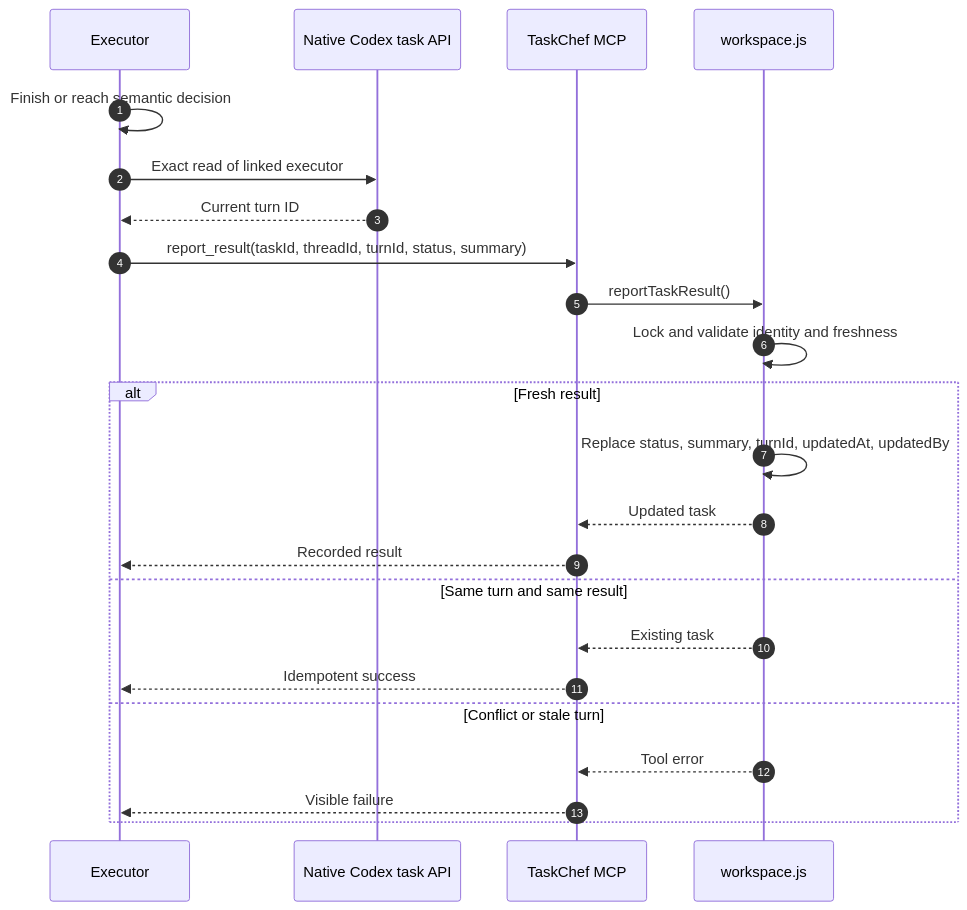
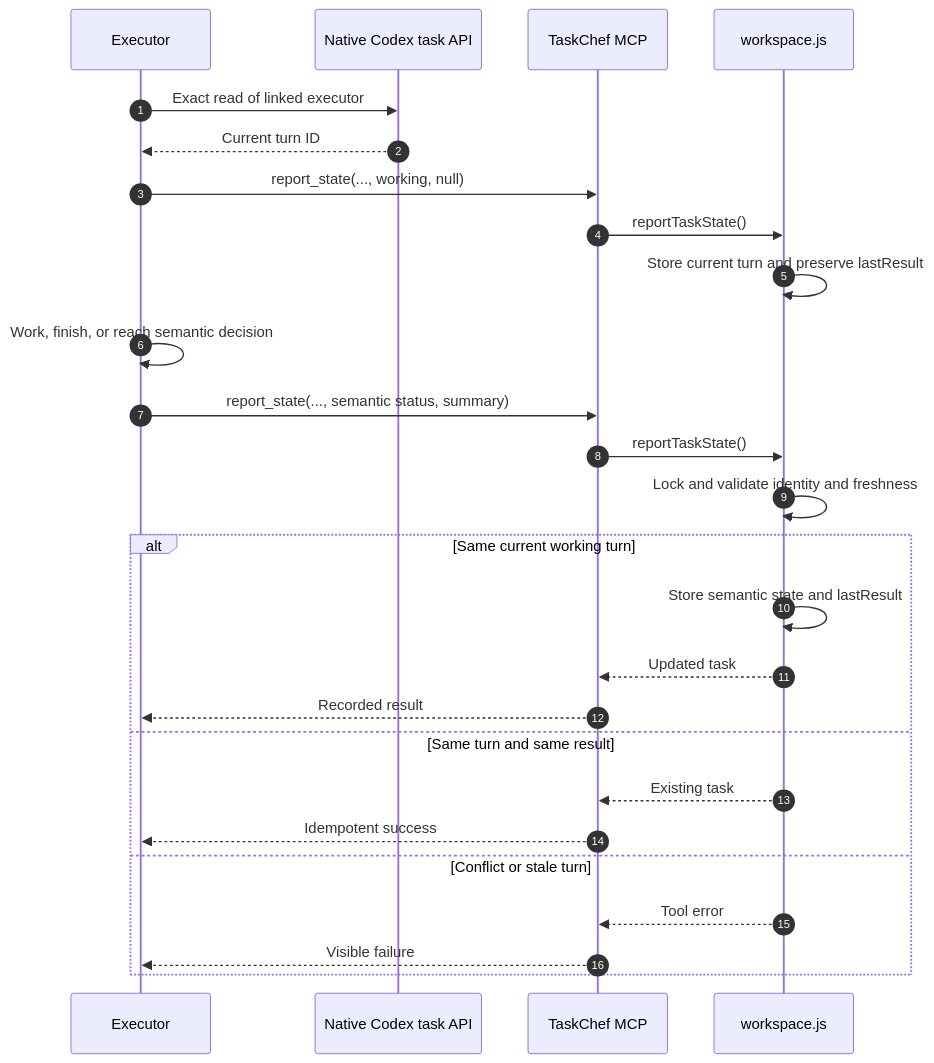
The second of 6 diagrams in docs/workflows.md (favoyang/taskchef), drawn with Mermaid before and after one commit. The commit also changed other lines of this file and 15 other files, not shown here.

````diff
--- a/docs/workflows.md
+++ b/docs/workflows.md
@@ -75,25 +76,28 @@
 ```mermaid
 sequenceDiagram
   autonumber
   participant E as Executor
   participant C as Native Codex task API
   participant M as TaskChef MCP
   participant W as workspace.js
-  E->>E: Finish or reach semantic decision
   E->>C: Exact read of linked executor
   C-->>E: Current turn ID
-  E->>M: report_result(taskId, threadId, turnId, status, summary)
-  M->>W: reportTaskResult()
+  E->>M: report_state(..., working, null)
+  M->>W: reportTaskState()
+  W->>W: Store current turn and preserve lastResult
+  E->>E: Work, finish, or reach semantic decision
+  E->>M: report_state(..., semantic status, summary)
+  M->>W: reportTaskState()
   W->>W: Lock and validate identity and freshness
-  alt Fresh result
-    W->>W: Replace status, summary, turnId, updatedAt, updatedBy
+  alt Same current working turn
+    W->>W: Store semantic state and lastResult
     W-->>M: Updated task
     M-->>E: Recorded result
   else Same turn and same result
     W-->>M: Existing task
     M-->>E: Idempotent success
   else Conflict or stale turn
     W-->>M: Tool error
     M-->>E: Visible failure
   end
 ```
````
